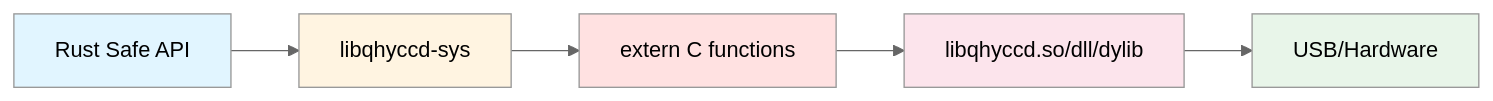
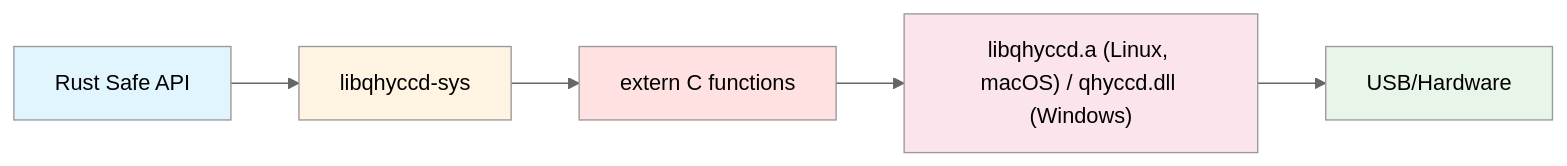
Diagram 11 of 19 in crates/qhyccd-rs/docs/qhyccd-rs.md (rusty-photon/rusty-photon), drawn with Mermaid (neutral theme) before and after one commit. The commit also changed other lines of this file and 159 other files, not shown here.

````diff
--- a/crates/qhyccd-rs/docs/qhyccd-rs.md
+++ b/crates/qhyccd-rs/docs/qhyccd-rs.md
@@ -492,13 +496,13 @@
 ```mermaid
 graph LR
     A[Rust Safe API] --> B[libqhyccd-sys]
     B --> C[extern C functions]
-    C --> D[libqhyccd.so/dll/dylib]
+    C --> D["libqhyccd.a (Linux, macOS) / qhyccd.dll (Windows)"]
     D --> E[USB/Hardware]
 
     style A fill:#e1f5ff
     style B fill:#fff4e1
     style C fill:#ffe1e1
     style D fill:#fce4ec
     style E fill:#e8f5e9
 ```
````
